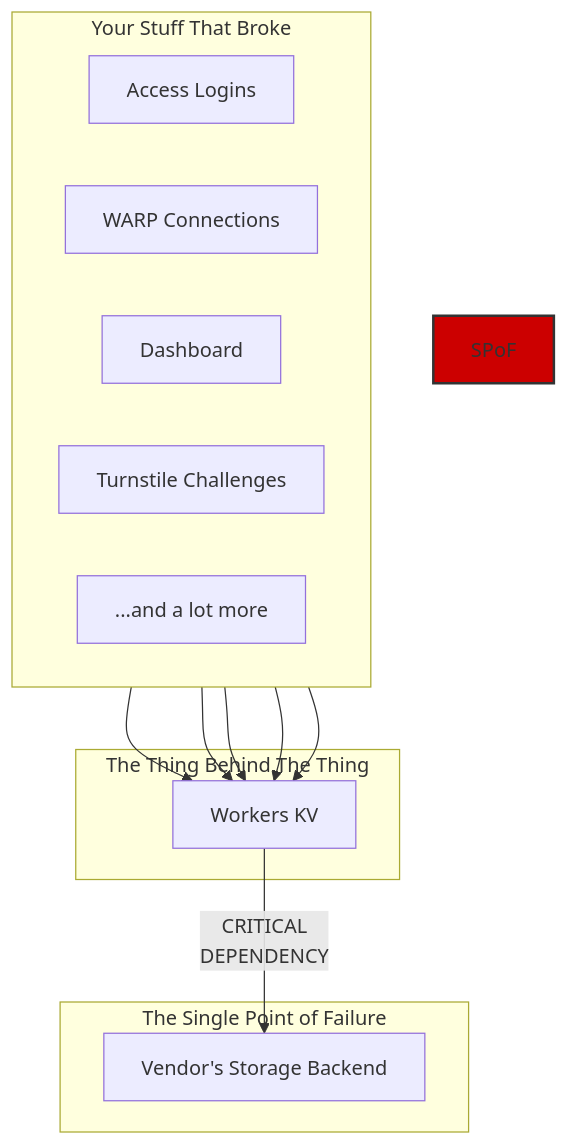
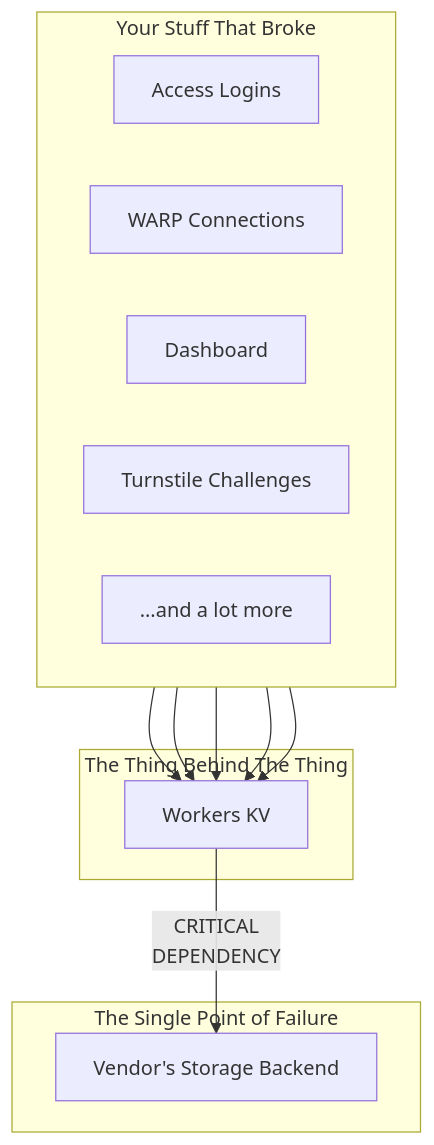
The first of 2 diagrams in content/blog/cloudflare-outage-postmortem.md (isaaclins/isaaclins.github.io), drawn with Mermaid before and after one commit. The commit also changed 2 other files, not shown here.

Commit message:
style: Remove unused styles from diagrams in blog posts

````diff
--- a/content/blog/cloudflare-outage-postmortem.md
+++ b/content/blog/cloudflare-outage-postmortem.md
@@ -25,29 +25,28 @@
 ```mermaid
 graph TD
     subgraph "Your Stuff That Broke"
         direction LR
         A[Access Logins]
         B[WARP Connections]
         C[Dashboard]
         D[Turnstile Challenges]
         E["...and a lot more"]
     end
 
     subgraph "The Thing Behind The Thing"
         KV[Workers KV]
     end
 
     subgraph "The Single Point of Failure"
-        style SPoF fill:#cc0000,stroke:#333,stroke-width:2px
         ThirdParty[Vendor's Storage Backend]
     end
 
     A --> KV
     B --> KV
     C --> KV
     D --> KV
     E --> KV
 
     KV -- "CRITICAL<br/>DEPENDENCY" --> ThirdParty
 
 ```
````
